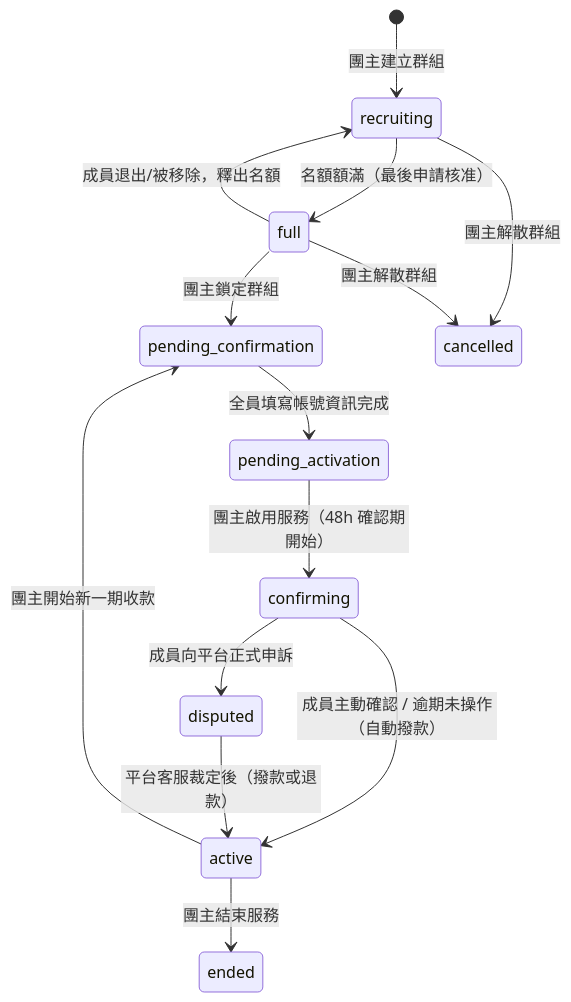
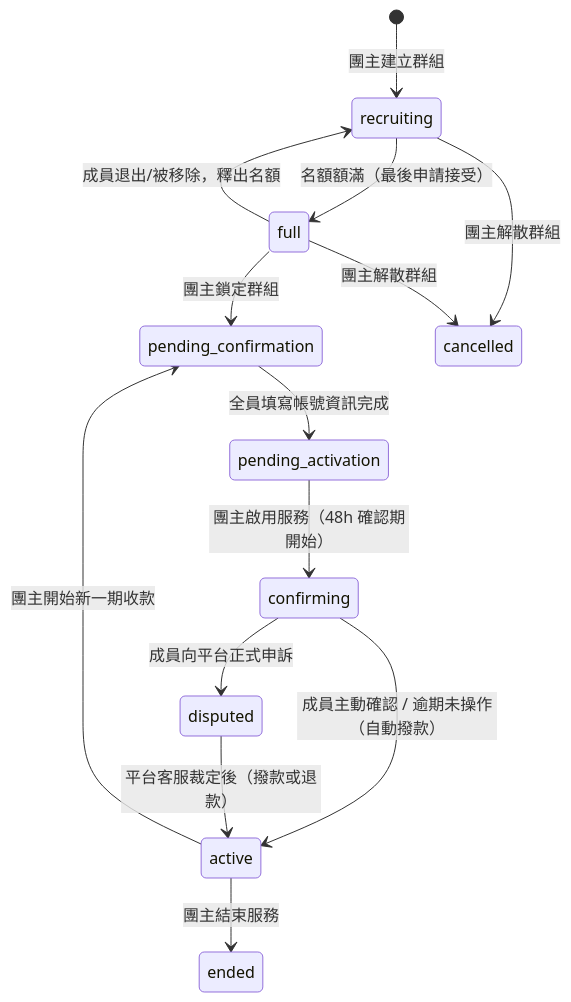
The diagram in docs/flows/group-state-machine.md (s1092055/PartyMatch), drawn with Mermaid before and after one commit. The commit also changed other lines of this file and 63 other files, not shown here.

````diff
--- a/docs/flows/group-state-machine.md
+++ b/docs/flows/group-state-machine.md
@@ -5,16 +5,16 @@
 ```mermaid
 stateDiagram-v2
   [*] --> recruiting : 團主建立群組
-  recruiting --> full : 名額額滿（最後申請核准）
+  recruiting --> full : 名額額滿（最後申請接受）
   full --> recruiting : 成員退出/被移除，釋出名額
   full --> pending_confirmation : 團主鎖定群組
   pending_confirmation --> pending_activation : 全員填寫帳號資訊完成
   pending_activation --> confirming : 團主啟用服務（48h 確認期開始）
   confirming --> active : 成員主動確認 / 逾期未操作（自動撥款）
   confirming --> disputed : 成員向平台正式申訴
   disputed --> active : 平台客服裁定後（撥款或退款）
   active --> pending_confirmation : 團主開始新一期收款
   active --> ended : 團主結束服務
   recruiting --> cancelled : 團主解散群組
   full --> cancelled : 團主解散群組
 ```
````
